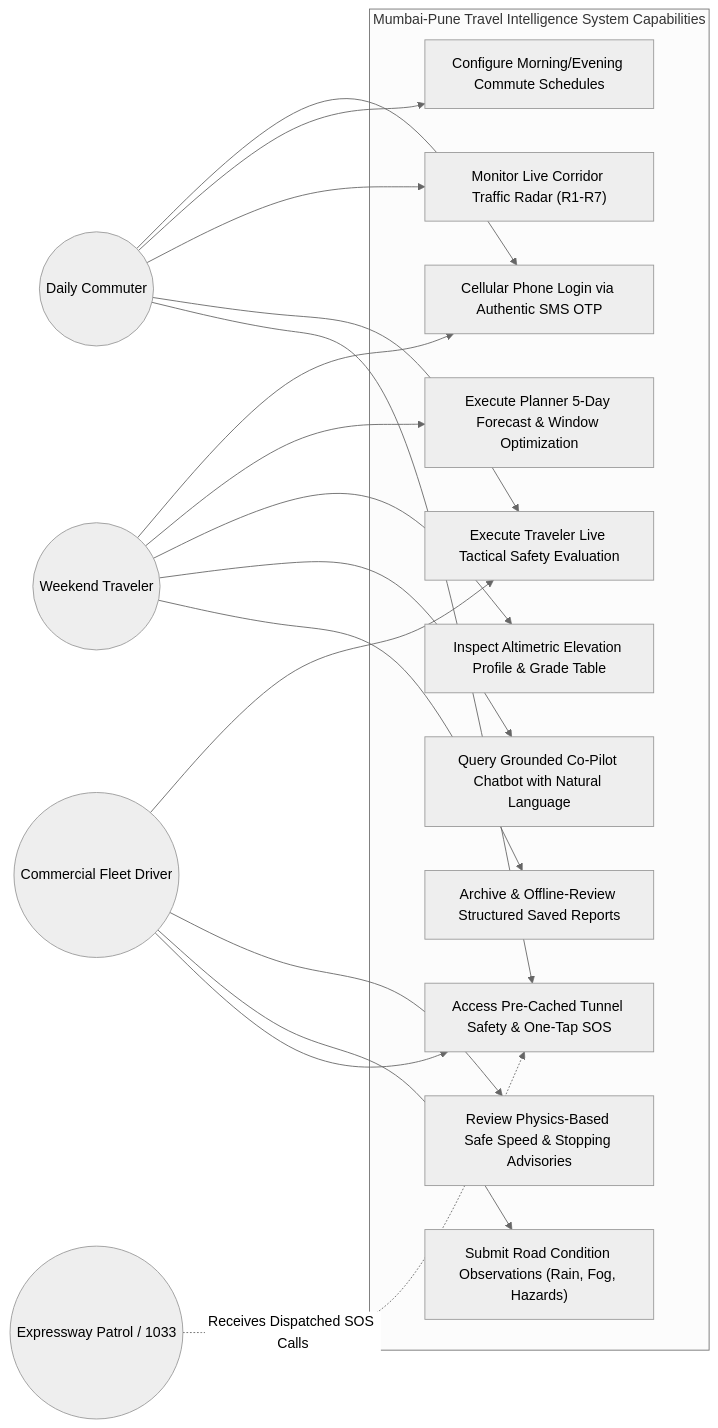
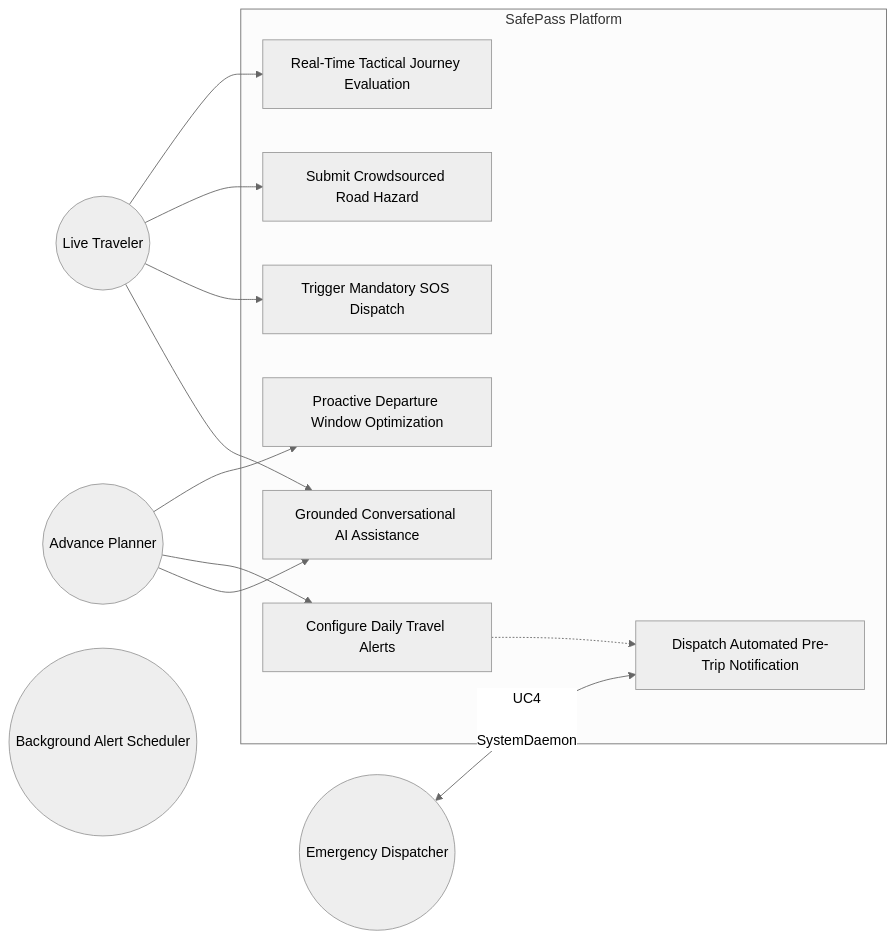
Before and after one commit to daredevil2304/traveladvisory: the fifth of 15 diagrams in MUMBAI_PUNE_TRAVEL_INTELLIGENCE_MASTER_REPORT.md, drawn with Mermaid (neutral theme). The commit also changed other lines of this file and 1 other file, not shown here.

Commit message:
docs: publish 10/10 Master Engineering Report & System Architecture Manual (Expanded Edition)

````diff
--- a/MUMBAI_PUNE_TRAVEL_INTELLIGENCE_MASTER_REPORT.md
+++ b/MUMBAI_PUNE_TRAVEL_INTELLIGENCE_MASTER_REPORT.md
@@ -348,40 +360,31 @@
 ```mermaid
 flowchart LR
-    DailyCommuter((Daily Commuter))
-    WeekendTraveler((Weekend Traveler))
-    CommercialDriver((Commercial Fleet Driver))
-    EmergencyPatrol((Expressway Patrol / 1033))
+    Traveler((Live Traveler))
+    Planner((Advance Planner))
+    Dispatcher((Emergency Dispatcher))
+    SystemDaemon((Background Alert Scheduler))
 
-    subgraph Capabilities["Mumbai-Pune Travel Intelligence System Capabilities"]
-        UC1["Cellular Phone Login via Authentic SMS OTP"]
-        UC2["Configure Morning/Evening Commute Schedules"]
-        UC3["Monitor Live Corridor Traffic Radar (R1-R7)"]
-        UC4["Execute Traveler Live Tactical Safety Evaluation"]
-        UC5["Execute Planner 5-Day Forecast & Window Optimization"]
-        UC6["Review Physics-Based Safe Speed & Stopping Advisories"]
-        UC7["Submit Road Condition Observations (Rain, Fog, Hazards)"]
-        UC8["Inspect Altimetric Elevation Profile & Grade Table"]
-        UC9["Query Grounded Co-Pilot Chatbot with Natural Language"]
-        UC10["Access Pre-Cached Tunnel Safety & One-Tap SOS"]
-        UC11["Archive & Offline-Review Structured Saved Reports"]
+    subgraph SafePass Platform
+        UC1[Real-Time Tactical Journey Evaluation]
+        UC2[Proactive Departure Window Optimization]
+        UC3[Submit Crowdsourced Road Hazard]
+        UC4[Trigger Mandatory SOS Dispatch]
+        UC5[Configure Daily Travel Alerts]
+        UC6[Grounded Conversational AI Assistance]
+        UC7[Dispatch Automated Pre-Trip Notification]
     end
 
-    DailyCommuter --> UC1
-    DailyCommuter --> UC2
-    DailyCommuter --> UC3
-    DailyCommuter --> UC4
-    DailyCommuter --> UC10
+    Traveler --> UC1
+    Traveler --> UC3
+    Traveler --> UC4
+    Traveler --> UC6
 
-    WeekendTraveler --> UC1
-    WeekendTraveler --> UC5
-    WeekendTraveler --> UC8
-    WeekendTraveler --> UC9
-    WeekendTraveler --> UC11
+    Planner --> UC2
+    Planner --> UC5
+    Planner --> UC6
 
-    CommercialDriver --> UC4
-    CommercialDriver --> UC6
-    CommercialDriver --> UC7
-    CommercialDriver --> UC10
+    Dispatcher <-- UC4
 
-    EmergencyPatrol -.->|Receives Dispatched SOS Calls| UC10
+    SystemDaemon --> UC7
+    UC5 -.-> UC7
 ```
````
